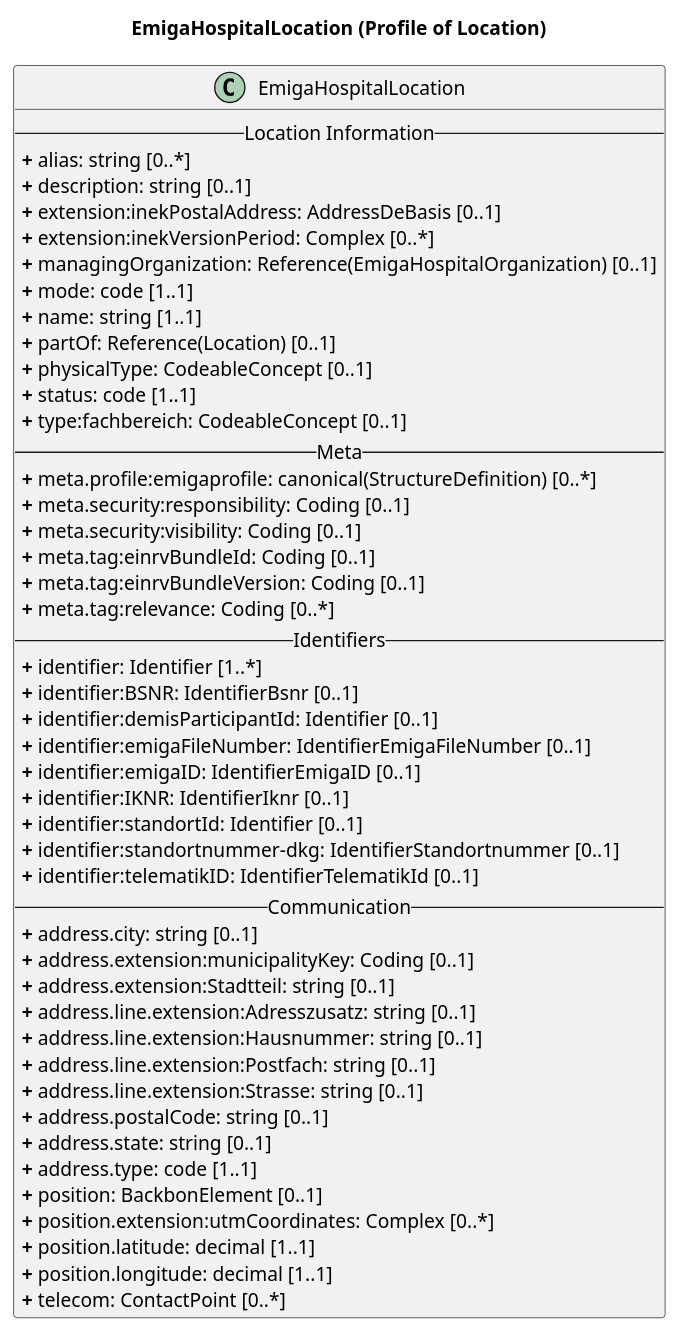
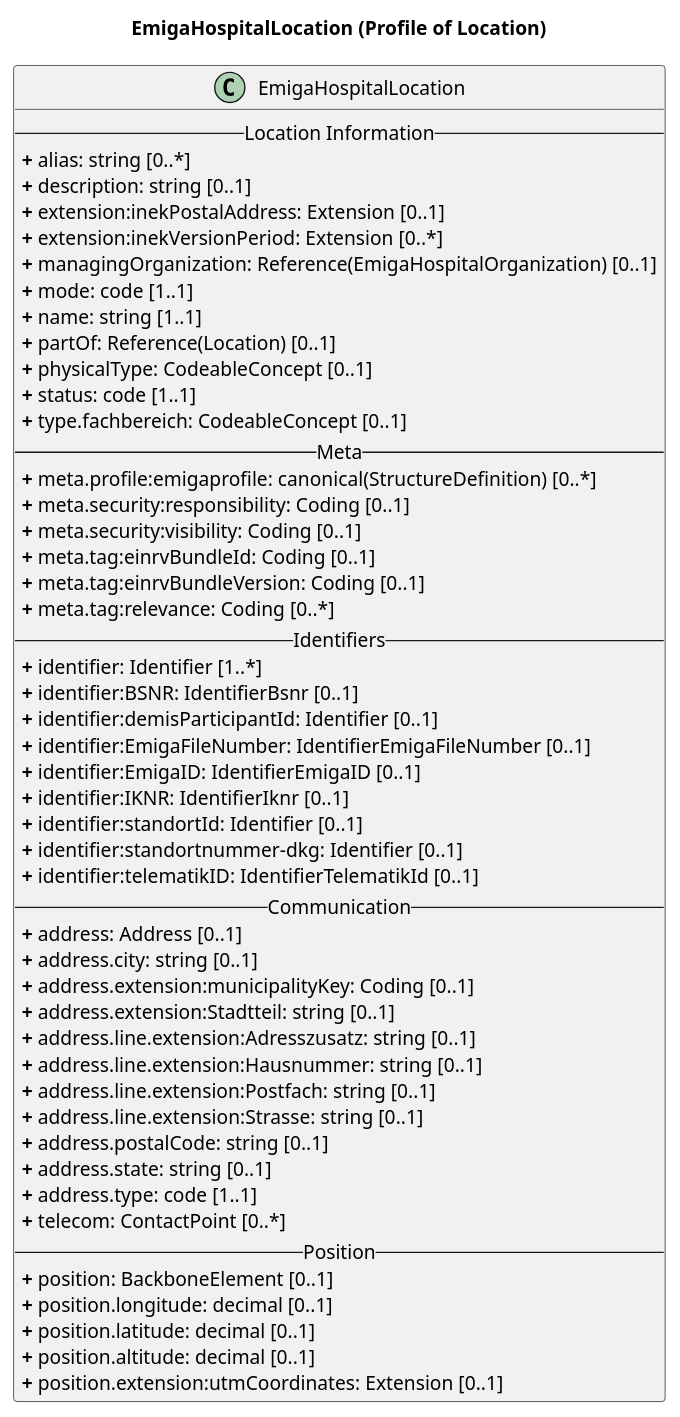
One commit to robert-koch-institut/rki.emiga.vzd changed the diagram in rki.emiga.vzd/guides/implementationguides.vzd/PlantUML/HospitalLocation.puml. Above: the diagram before and after it, drawn with PlantUML. The commit also changed 18 other files, not shown here.

```diff
--- a/rki.emiga.vzd/guides/implementationguides.vzd/PlantUML/HospitalLocation.puml
+++ b/rki.emiga.vzd/guides/implementationguides.vzd/PlantUML/HospitalLocation.puml
@@ -1,55 +1,58 @@
 @startuml
 skinparam linetype ortho
 
 title EmigaHospitalLocation (Profile of Location)
 
 ' Main Class
 class EmigaHospitalLocation{
 -- Location Information --
 <b>+</b> alias: string [0..*]
 <b>+</b> description: string [0..1]
-<b>+</b> extension:inekPostalAddress: AddressDeBasis [0..1]
-<b>+</b> extension:inekVersionPeriod: Complex [0..*]
+<b>+</b> extension:inekPostalAddress: Extension [0..1]
+<b>+</b> extension:inekVersionPeriod: Extension [0..*]
 <b>+</b> managingOrganization: Reference(EmigaHospitalOrganization) [0..1]
 <b>+</b> mode: code [1..1]
 <b>+</b> name: string [1..1]
 <b>+</b> partOf: Reference(Location) [0..1]
 <b>+</b> physicalType: CodeableConcept [0..1]
 <b>+</b> status: code [1..1]
-<b>+</b> type:fachbereich: CodeableConcept [0..1]
+<b>+</b> type.fachbereich: CodeableConcept [0..1]
 -- Meta --
 <b>+</b> meta.profile:emigaprofile: canonical(StructureDefinition) [0..*]
 <b>+</b> meta.security:responsibility: Coding [0..1]
 <b>+</b> meta.security:visibility: Coding [0..1]
 <b>+</b> meta.tag:einrvBundleId: Coding [0..1]
 <b>+</b> meta.tag:einrvBundleVersion: Coding [0..1]
 <b>+</b> meta.tag:relevance: Coding [0..*]
 -- Identifiers --
 <b>+</b> identifier: Identifier [1..*] 
-<b>+</b> identifier:BSNR: IdentifierBsnr [0..1] 
+<b>+</b> identifier:BSNR: IdentifierBsnr [0..1]
 <b>+</b> identifier:demisParticipantId: Identifier [0..1]
-<b>+</b> identifier:emigaFileNumber: IdentifierEmigaFileNumber [0..1]
-<b>+</b> identifier:emigaID: IdentifierEmigaID [0..1]
+<b>+</b> identifier:EmigaFileNumber: IdentifierEmigaFileNumber [0..1]
+<b>+</b> identifier:EmigaID: IdentifierEmigaID [0..1]
 <b>+</b> identifier:IKNR: IdentifierIknr [0..1]
 <b>+</b> identifier:standortId: Identifier [0..1]
-<b>+</b> identifier:standortnummer-dkg: IdentifierStandortnummer [0..1]
+<b>+</b> identifier:standortnummer-dkg: Identifier [0..1]
 <b>+</b> identifier:telematikID: IdentifierTelematikId [0..1]
 -- Communication --
+<b>+</b> address: Address [0..1]
 <b>+</b> address.city: string [0..1]
 <b>+</b> address.extension:municipalityKey: Coding [0..1]
 <b>+</b> address.extension:Stadtteil: string [0..1]
 <b>+</b> address.line.extension:Adresszusatz: string [0..1]
 <b>+</b> address.line.extension:Hausnummer: string [0..1]
 <b>+</b> address.line.extension:Postfach: string [0..1]
 <b>+</b> address.line.extension:Strasse: string [0..1]
 <b>+</b> address.postalCode: string [0..1]
 <b>+</b> address.state: string [0..1]
 <b>+</b> address.type: code [1..1]
-<b>+</b> position: BackbonElement [0..1]
-<b>+</b> position.extension:utmCoordinates: Complex [0..*]
-<b>+</b> position.latitude: decimal [1..1]
-<b>+</b> position.longitude: decimal [1..1]
 <b>+</b> telecom: ContactPoint [0..*]
+-- Position --
+<b>+</b> position: BackboneElement [0..1]
+<b>+</b> position.longitude: decimal [0..1]
+<b>+</b> position.latitude: decimal [0..1]
+<b>+</b> position.altitude: decimal [0..1]
+<b>+</b> position.extension:utmCoordinates: Extension [0..1]
 }
 
 @enduml
```
